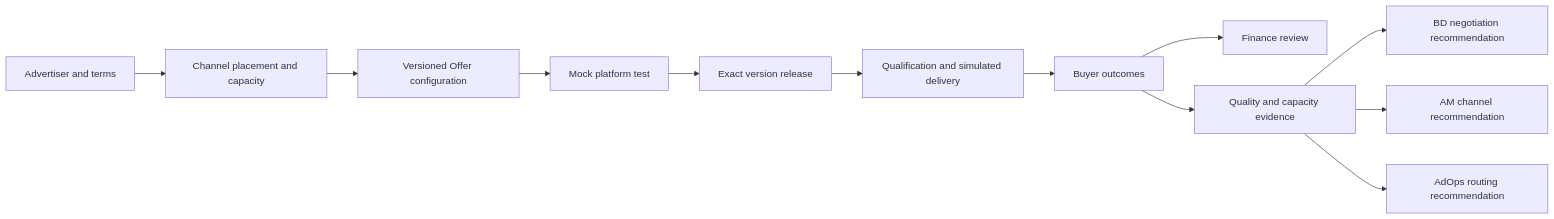
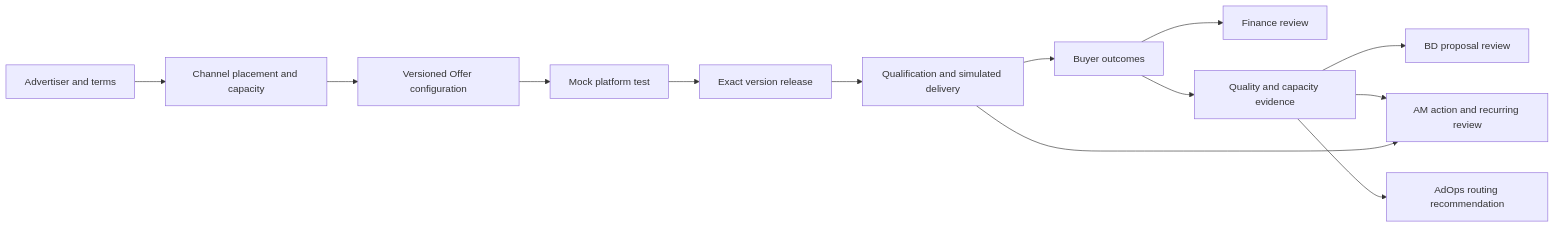
Before and after one commit to ShenghangWang/Everflow-Affiliate-Network-Automation: the diagram in architecture.md, drawn with Mermaid. The commit also changed other lines of this file and 13 other files, not shown here.

Commit message:
Connect Offer evidence to BD review and recurring AM resolution

````diff
--- a/architecture.md
+++ b/architecture.md
@@ -5,14 +5,15 @@
 ```mermaid
 flowchart LR
     A[Advertiser and terms] --> C[Channel placement and capacity]
     C --> V[Versioned Offer configuration]
     V --> T[Mock platform test]
     T --> R[Exact version release]
     R --> D[Qualification and simulated delivery]
     D --> B[Buyer outcomes]
     B --> F[Finance review]
     B --> Q[Quality and capacity evidence]
-    Q --> BD[BD negotiation recommendation]
-    Q --> AM[AM channel recommendation]
+    Q --> BD[BD proposal review]
+    Q --> AM[AM action and recurring review]
+    D --> AM
     Q --> O[AdOps routing recommendation]
 ```
````
